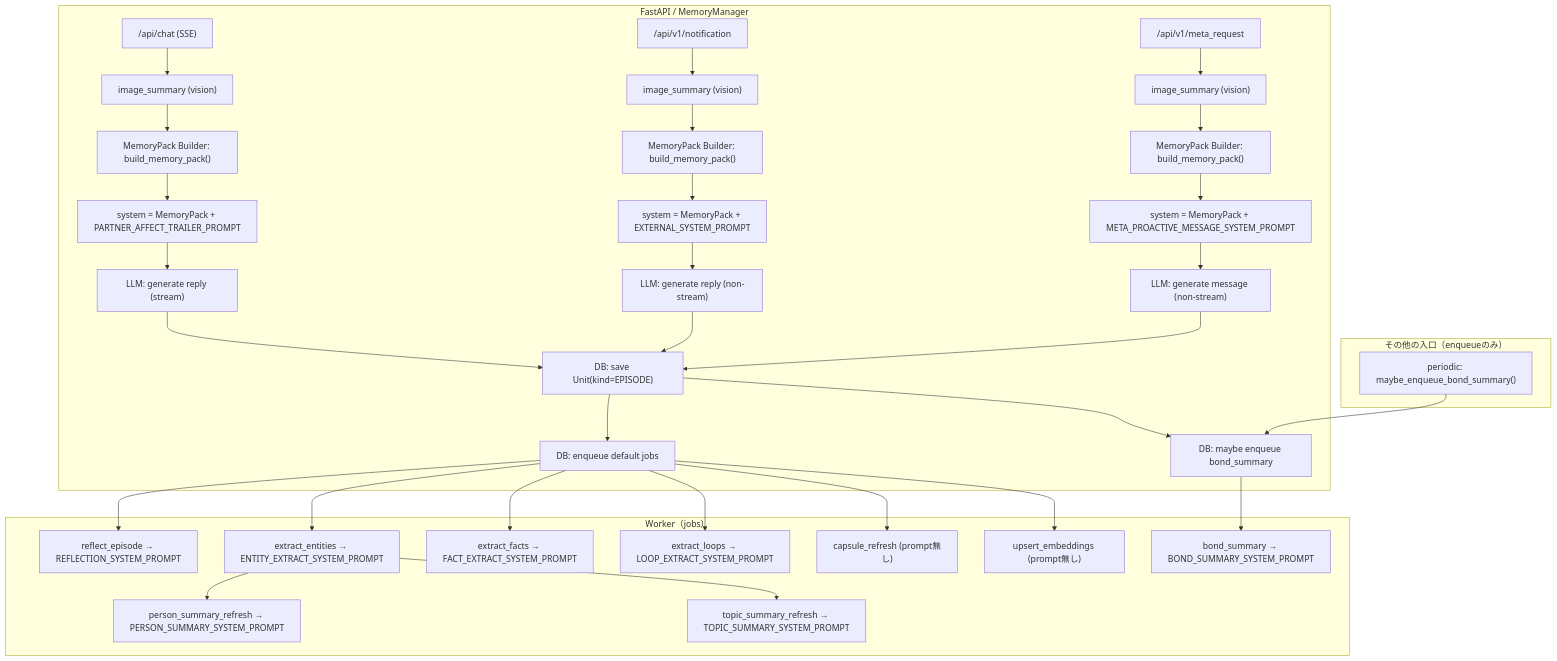
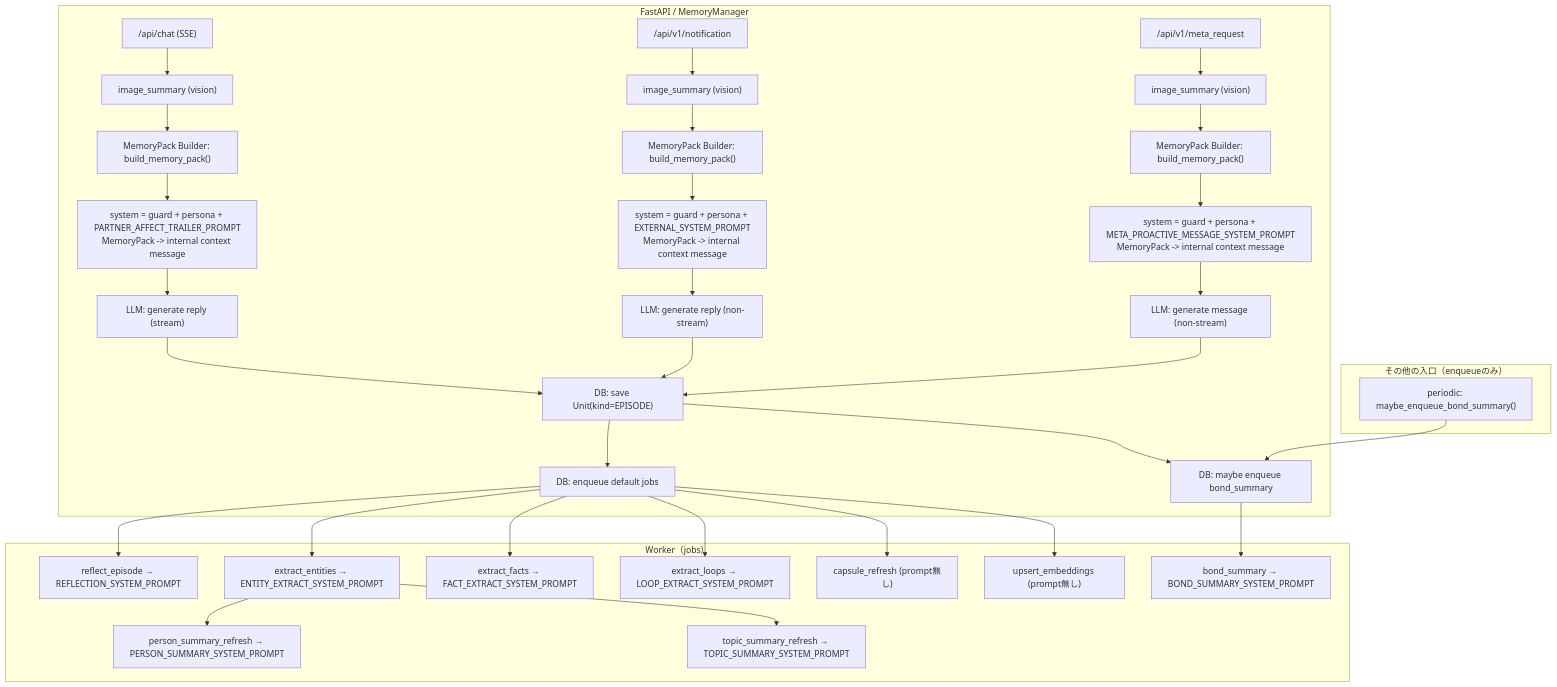
Before and after one commit to hirona98/cocoro_ghost: the first of 4 diagrams in docs/prompt_usage_map.md, drawn with Mermaid. The commit also changed other lines of this file and 6 other files, not shown here.

````diff
--- a/docs/prompt_usage_map.md
+++ b/docs/prompt_usage_map.md
@@ -31,43 +31,43 @@
 ```mermaid
 flowchart TD
   subgraph API["FastAPI / MemoryManager"]
     CHAT["/api/chat (SSE)"] --> IMGC["image_summary (vision)"]
     NOTIF["/api/v1/notification"] --> IMGN["image_summary (vision)"]
     META["/api/v1/meta_request"] --> IMGM["image_summary (vision)"]
 
     IMGC --> PACK["MemoryPack Builder: build_memory_pack()"]
     IMGN --> PACKN["MemoryPack Builder: build_memory_pack()"]
     IMGM --> PACKM["MemoryPack Builder: build_memory_pack()"]
 
-    PACK --> SYS_CHAT["system = MemoryPack + PARTNER_AFFECT_TRAILER_PROMPT"]
-    PACKN --> SYS_NOTIF["system = MemoryPack + EXTERNAL_SYSTEM_PROMPT"]
-    PACKM --> SYS_META["system = MemoryPack + META_PROACTIVE_MESSAGE_SYSTEM_PROMPT"]
+    PACK --> SYS_CHAT["system = guard + persona + PARTNER_AFFECT_TRAILER_PROMPT\nMemoryPack -> internal context message"]
+    PACKN --> SYS_NOTIF["system = guard + persona + EXTERNAL_SYSTEM_PROMPT\nMemoryPack -> internal context message"]
+    PACKM --> SYS_META["system = guard + persona + META_PROACTIVE_MESSAGE_SYSTEM_PROMPT\nMemoryPack -> internal context message"]
 
     SYS_CHAT --> LLM_CHAT["LLM: generate reply (stream)"]
     SYS_NOTIF --> LLM_NOTIF["LLM: generate reply (non-stream)"]
     SYS_META --> LLM_META["LLM: generate message (non-stream)"]
 
     LLM_CHAT --> SAVE_EP["DB: save Unit(kind=EPISODE)"]
     LLM_NOTIF --> SAVE_EP
     LLM_META --> SAVE_EP
 
     SAVE_EP --> ENQ["DB: enqueue default jobs"]
     SAVE_EP --> ENQW_MAYBE["DB: maybe enqueue bond_summary"]
   end
 
   subgraph WORKER["Worker（jobs）"]
     ENQ --> REFLECT["reflect_episode → REFLECTION_SYSTEM_PROMPT"]
     ENQ --> ENT["extract_entities → ENTITY_EXTRACT_SYSTEM_PROMPT"]
     ENQ --> FACT["extract_facts → FACT_EXTRACT_SYSTEM_PROMPT"]
     ENQ --> LOOP["extract_loops → LOOP_EXTRACT_SYSTEM_PROMPT"]
     ENQ --> CAPR["capsule_refresh (prompt無し)"]
     ENQ --> EMB["upsert_embeddings (prompt無し)"]
     ENT --> PERS["person_summary_refresh → PERSON_SUMMARY_SYSTEM_PROMPT"]
     ENT --> TOP["topic_summary_refresh → TOPIC_SUMMARY_SYSTEM_PROMPT"]
     ENQW_MAYBE --> WEEK["bond_summary → BOND_SUMMARY_SYSTEM_PROMPT"]
   end
 
   subgraph OTHER["その他の入口（enqueueのみ）"]
     PERIODIC["periodic: maybe_enqueue_bond_summary()"] --> ENQW_MAYBE
   end
 ```
````
